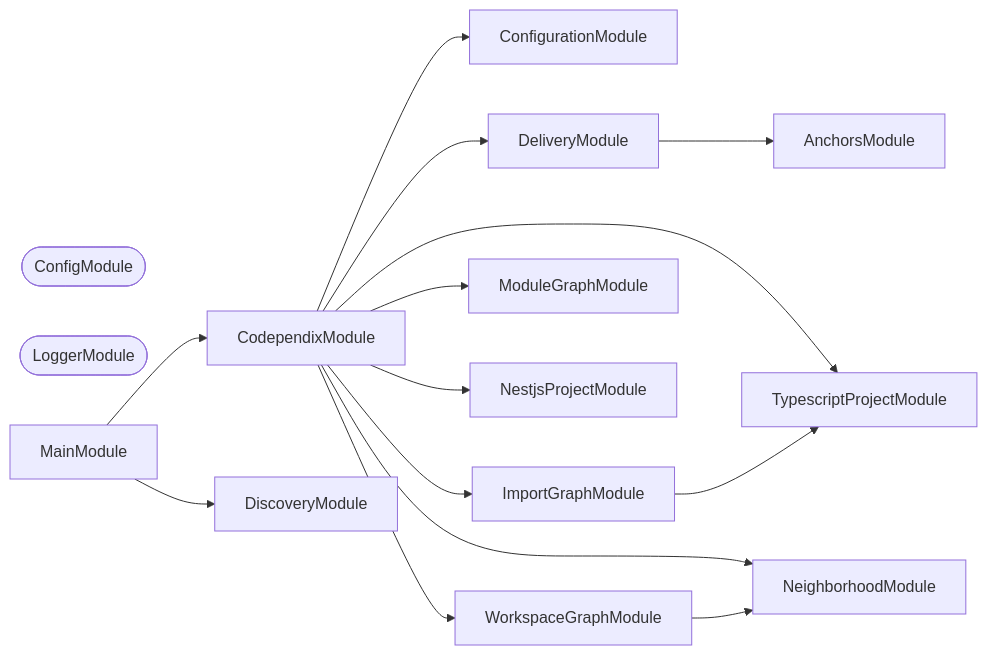
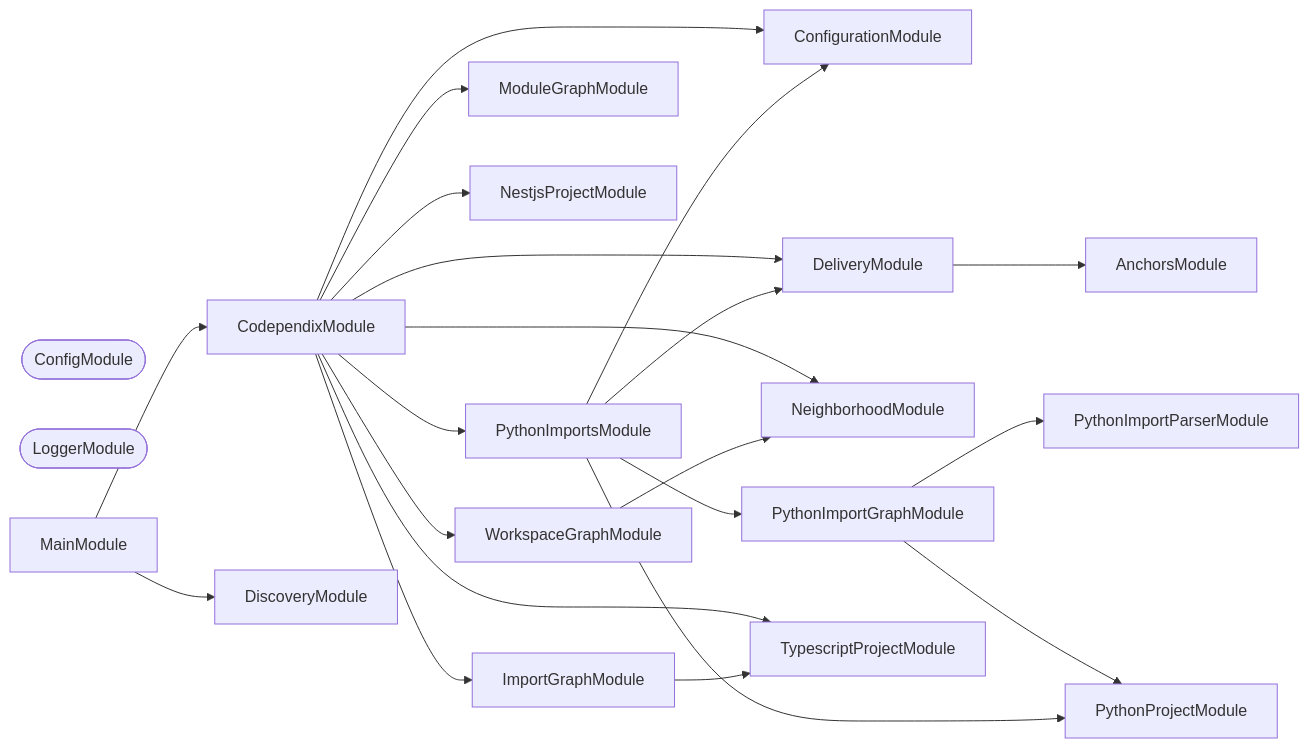
Before and after one commit to JimmyPaolini/codebase: the second of 3 diagrams in packages/codependix-cli/README.md, drawn with Mermaid. The commit also changed other lines of this file and 50 other files, not shown here.

Commit message:
feat(codependix): ✨ add python file-level import graph support

````diff
--- a/packages/codependix-cli/README.md
+++ b/packages/codependix-cli/README.md
@@ -102,30 +106,41 @@
 ```mermaid
 flowchart LR
   AnchorsModule
   CodependixModule
   ConfigModule([ConfigModule])
   ConfigurationModule
   DeliveryModule
   DiscoveryModule
   ImportGraphModule
   LoggerModule([LoggerModule])
   MainModule
   ModuleGraphModule
   NeighborhoodModule
   NestjsProjectModule
+  PythonImportGraphModule
+  PythonImportParserModule
+  PythonImportsModule
+  PythonProjectModule
   TypescriptProjectModule
   WorkspaceGraphModule
   CodependixModule --> ConfigurationModule
   CodependixModule --> DeliveryModule
   CodependixModule --> ImportGraphModule
   CodependixModule --> ModuleGraphModule
   CodependixModule --> NeighborhoodModule
   CodependixModule --> NestjsProjectModule
+  CodependixModule --> PythonImportsModule
   CodependixModule --> TypescriptProjectModule
   CodependixModule --> WorkspaceGraphModule
   DeliveryModule --> AnchorsModule
   ImportGraphModule --> TypescriptProjectModule
   MainModule --> CodependixModule
   MainModule --> DiscoveryModule
+  PythonImportGraphModule --> PythonImportParserModule
+  PythonImportGraphModule --> PythonProjectModule
+  PythonImportsModule --> ConfigurationModule
+  PythonImportsModule --> DeliveryModule
+  PythonImportsModule --> PythonImportGraphModule
+  PythonImportsModule --> PythonProjectModule
   WorkspaceGraphModule --> NeighborhoodModule
 ```
````
